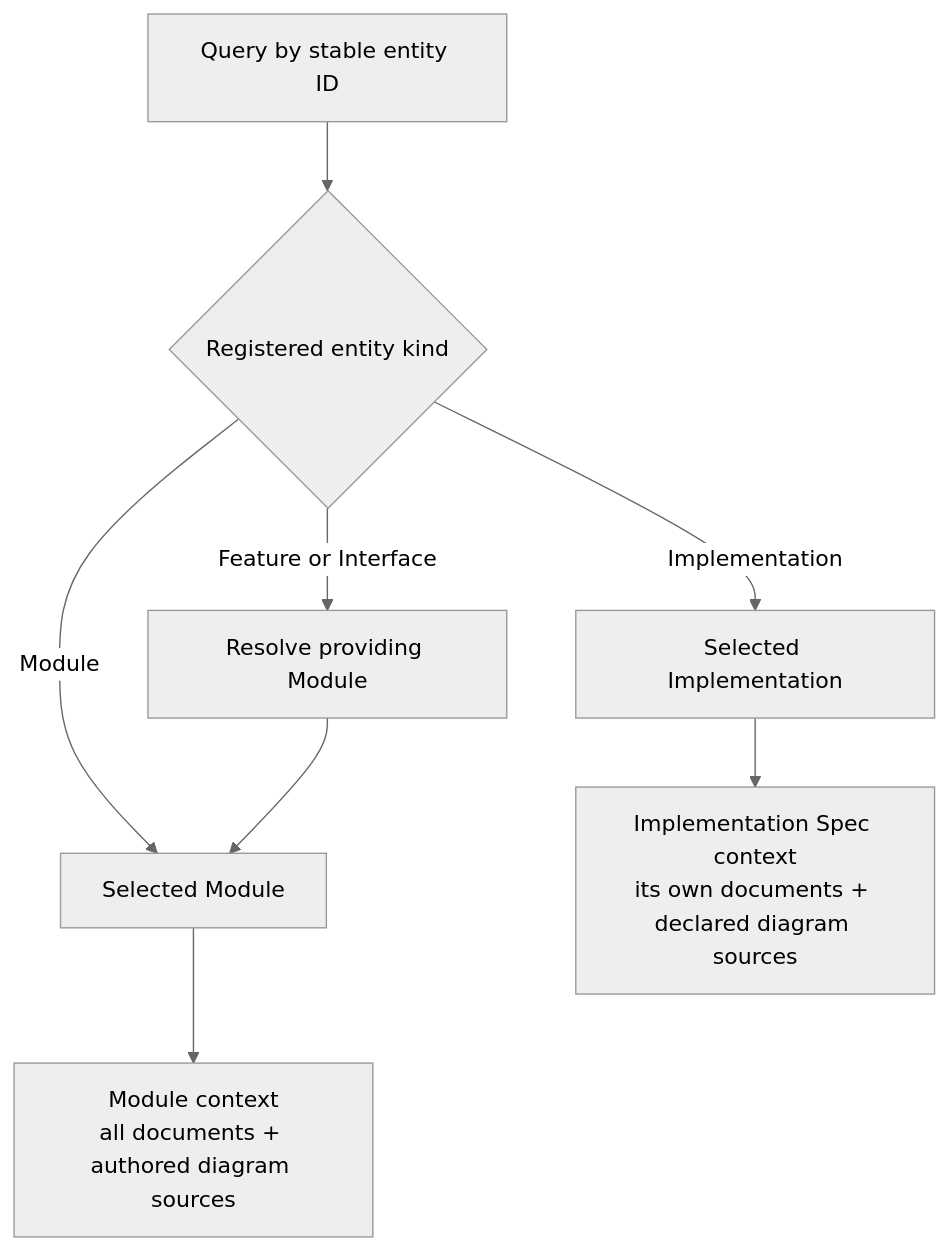
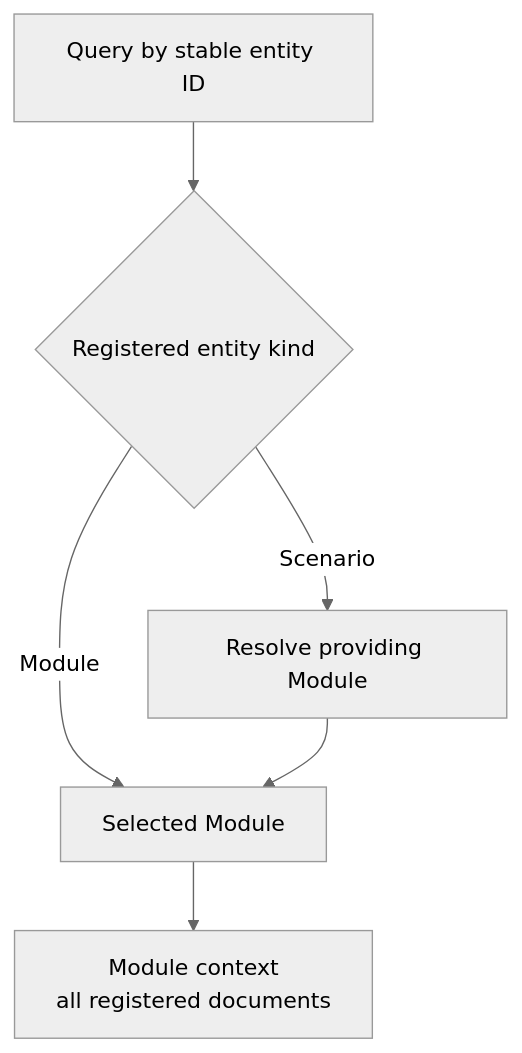
The diagram in protocol/spec-management/spec-and-context.md (FTOD/concorde), drawn with Mermaid (neutral theme) before and after one commit. The commit also changed other lines of this file and 166 other files, not shown here.

First line of the commit message:
refactor(protocol)!: adopt Spec Protocol 3.0 with four-part Module Specs

````diff
--- a/protocol/spec-management/spec-and-context.md
+++ b/protocol/spec-management/spec-and-context.md
@@ -43,19 +42,15 @@
 ```mermaid
 flowchart TB
     accTitle: Queryable entities determine their Spec context
-    accDescr: A query resolves the registered entity kind. Modules select their own contract context; Features and Interfaces first resolve their providing Module and select that same context. An Implementation query selects its own Implementation Spec documents and any declared authored diagram sources. These are alternative query branches, with no automatic union.
+    accDescr: A query resolves the registered entity kind. A Module selects its own contract context. A scenario first resolves its providing Module and selects that same context. Both branches lead to the Module's complete registered document collection; there is no automatic union with other Modules.
     query["Query by stable entity ID"]
     kind{"Registered entity kind"}
     module["Selected Module"]
     owner["Resolve providing Module"]
-    implementation["Selected Implementation"]
-    moduleContext["Module context<br/>all documents + authored diagram sources"]
-    implementationContext["Implementation Spec context<br/>its own documents + declared diagram sources"]
+    moduleContext["Module context<br/>all registered documents"]
     query --> kind
     kind -->|Module| module
-    kind -->|Feature or Interface| owner
+    kind -->|Scenario| owner
     owner --> module
-    kind -->|Implementation| implementation
     module --> moduleContext
-    implementation --> implementationContext
 ```
````
